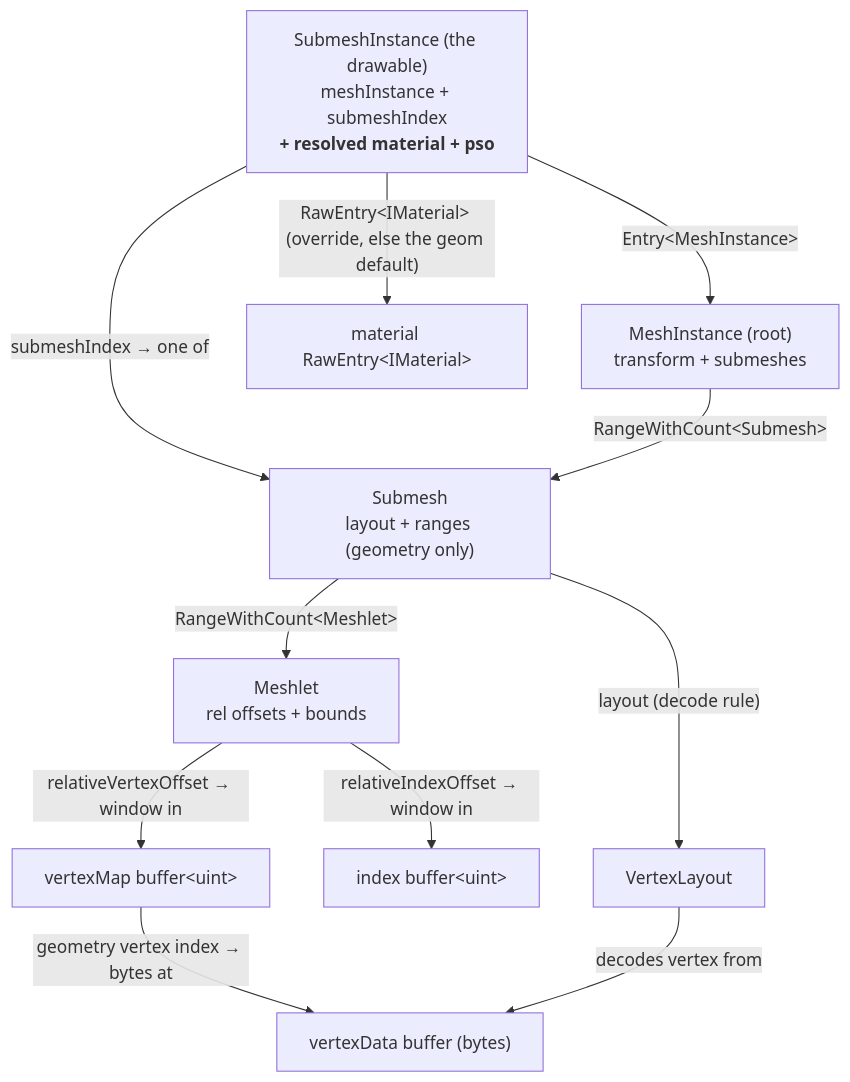
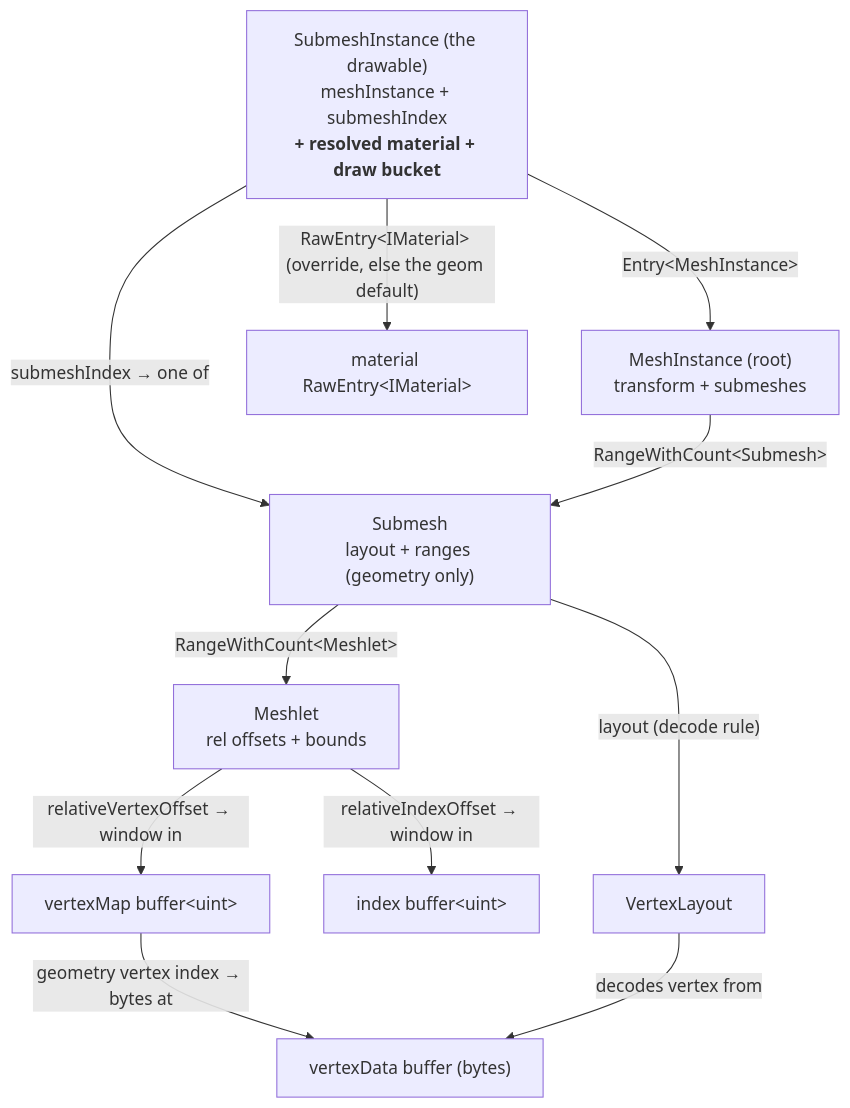
Before and after one commit to alexjiang200407/bernini: the diagram in docs/geometry_layout.md, drawn with Mermaid. The commit also changed other lines of this file and 75 other files, not shown here.

First line of the commit message:
feat(bgl_extended): dynamic draw-bucket ids replace the PsoType grid (#795)

````diff
--- a/docs/geometry_layout.md
+++ b/docs/geometry_layout.md
@@ -208,23 +208,23 @@
 ```mermaid
 flowchart TD
-    Inst["SubmeshInstance (the drawable)<br/>meshInstance + submeshIndex<br/><b>+ resolved material + pso</b>"]
+    Inst["SubmeshInstance (the drawable)<br/>meshInstance + submeshIndex<br/><b>+ resolved material + draw bucket</b>"]
     Mesh["MeshInstance (root)<br/>transform + submeshes"]
     Submesh["Submesh<br/>layout + ranges (geometry only)"]
     Meshlet["Meshlet<br/>rel offsets + bounds"]
     VMap["vertexMap buffer&lt;uint&gt;"]
     VData["vertexData buffer (bytes)"]
     IdxBuf["index buffer&lt;uint&gt;"]
     Layout["VertexLayout"]
     Mat["material RawEntry&lt;IMaterial&gt;"]
 
     Inst -- "Entry&lt;MeshInstance&gt;" --> Mesh
     Inst -- "submeshIndex → one of" --> Submesh
     Inst -- "RawEntry&lt;IMaterial&gt; (override, else the geom default)" --> Mat
     Mesh -- "RangeWithCount&lt;Submesh&gt;" --> Submesh
     Submesh -- "RangeWithCount&lt;Meshlet&gt;" --> Meshlet
     Submesh -- "layout (decode rule)" --> Layout
     Meshlet -- "relativeVertexOffset → window in" --> VMap
     Meshlet -- "relativeIndexOffset → window in" --> IdxBuf
     VMap -- "geometry vertex index → bytes at" --> VData
     Layout -- "decodes vertex from" --> VData
 ```
````
